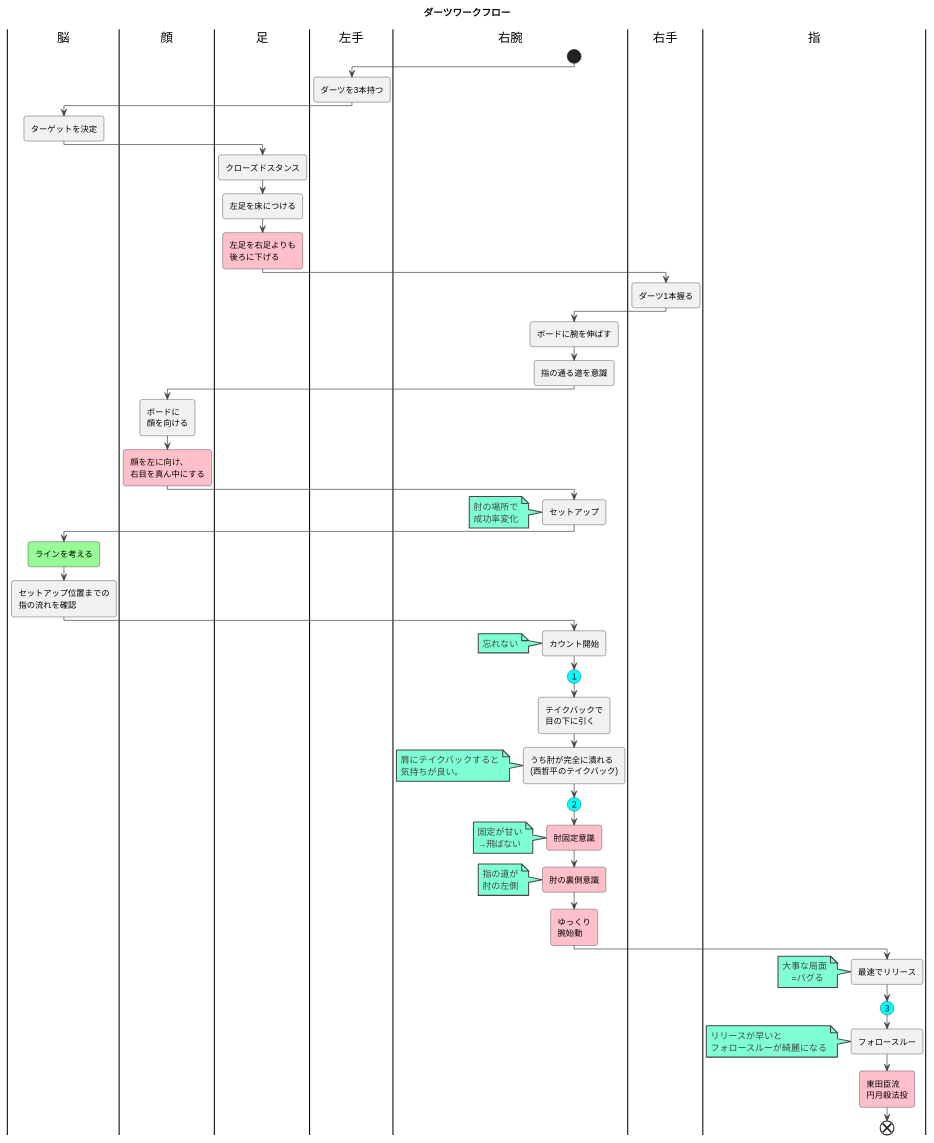
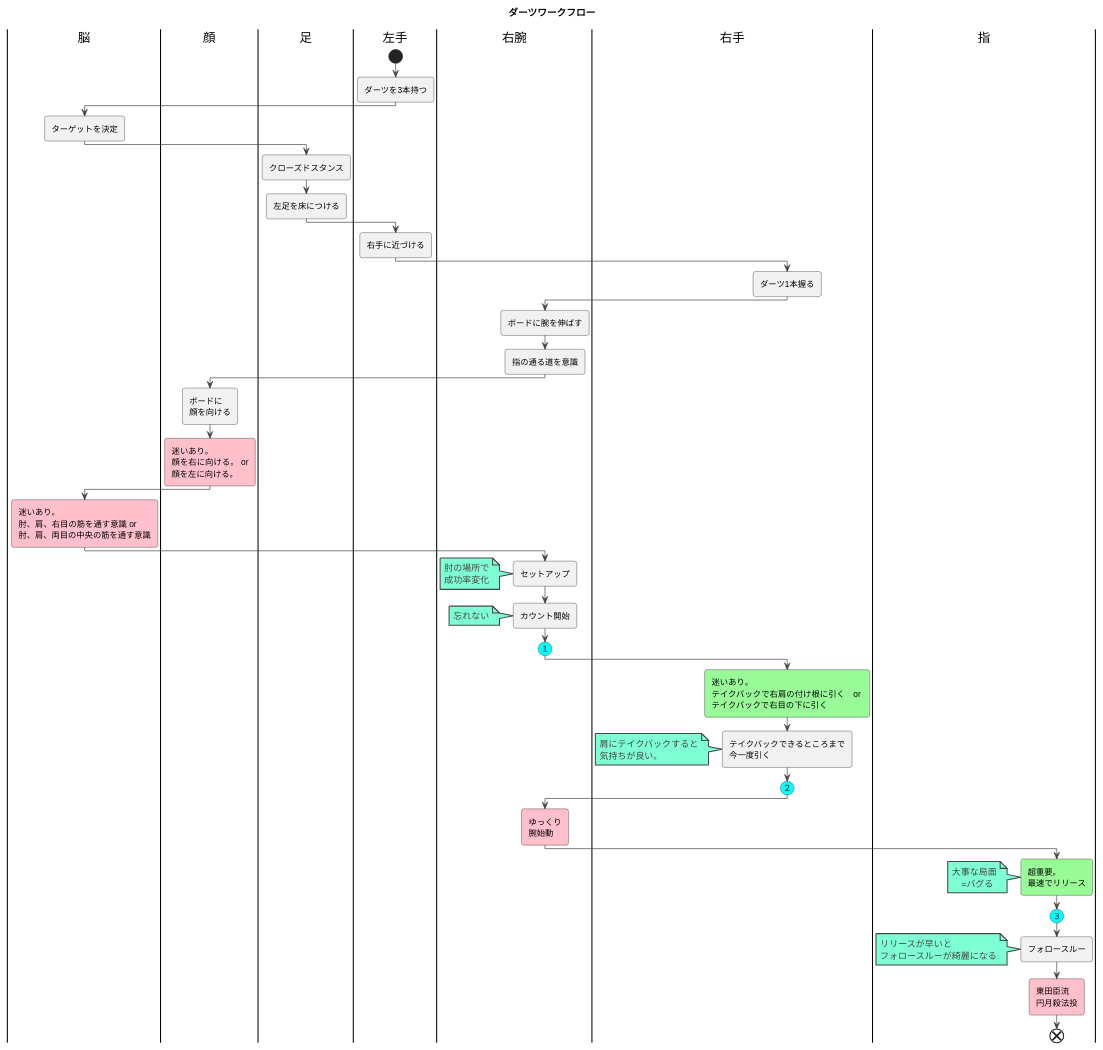
The diagram in dartsFlow.plantuml (darts-cloud/dartsFlow), drawn with PlantUML before and after one commit.

Commit message:
Update dartsFlow.plantuml
テイクバックの意識を肩or目の下に変更
テイクバックの低い位置が荒い

```diff
--- a/dartsFlow.plantuml
+++ b/dartsFlow.plantuml
@@ -1,121 +1,126 @@
 @startuml
 title ダーツワークフロー
 
 
 
 !theme vibrant
 
 |脳|
 |顔|
 |足|
 |左手|
 |右腕|
+|左手|
 start
-|左手|
 :ダーツを3本持つ;
 |脳|
 :ターゲットを決定;
 |足|
 :クローズドスタンス;
 :左足を床につける;
-#pink:左足を右足よりも
-後ろに下げる;
+/'
+################
+##pink:左足を右足よりも
+#後ろに下げる;
+################
+'/
+
+|左手|
+:右手に近づける;
 |右手|
 :ダーツ1本握る;
 |右腕|
 :ボードに腕を伸ばす;
 
 /'
 ################
 ##pink:腕を一番右側
 #まで伸ばす;
 ################
 '/
 :指の通る道を意識;
 |顔|
 :ボードに
 顔を向ける;
-#pink:顔を左に向け、
-右目を真ん中にする;
+#pink:迷いあり。
+顔を右に向ける。 or
+顔を左に向ける。 ;
+|脳|
+#pink:迷いあり。
+肘、肩、右目の筋を通す意識 or
+肘、肩、両目の中央の筋を通す意識;
 |右腕|
 :セットアップ;
 /'
 ################
 ':60°ぐらいに構える;
 ################
 '/
 note
 肘の場所で
 成功率変化
 end note
-|脳|
-
-#palegreen:ラインを考える;
-
-:セットアップ位置までの
-指の流れを確認;
 
 |右腕|
 :カウント開始;
 
 note
     忘れない
 end note
 
 
 #Aqua:(１)
 
+|右手|
 
-:テイクバックで
-目の下に引く;
+#palegreen:迷いあり。
+テイクバックで右肩の付け根に引く　or 
+テイクバックで右目の下に引く;
 
-:うち肘が完全に潰れる
-(西哲平のテイクバック);
+:テイクバックできるところまで
+今一度引く;
 
 note
     肩にテイクバックすると
     気持ちが良い。
 end note
 
 #Aqua:(２)
 
-
+/'
 #pink:肘固定意識;
-
 note
     固定が甘い
     →飛ばない
 end note
-
 #pink:肘の裏側意識;
-
 note
     指の道が
     肘の左側
 end note
+'/
 
 |右腕|
 #pink:ゆっくり
 腕始動;
 |指|
-:最速でリリース;
+#palegreen:超重要。
+最速でリリース;
 note
     大事な局面
         =バグる 
 end note
-
 
 #Aqua:(３)
 
 
 :フォロースルー;
 
 note
   リリースが早いと
   フォロースルーが綺麗になる
 end note
 #pink:東田臣流
 円月殺法投;
-end 
-
+end
 @enduml
```
